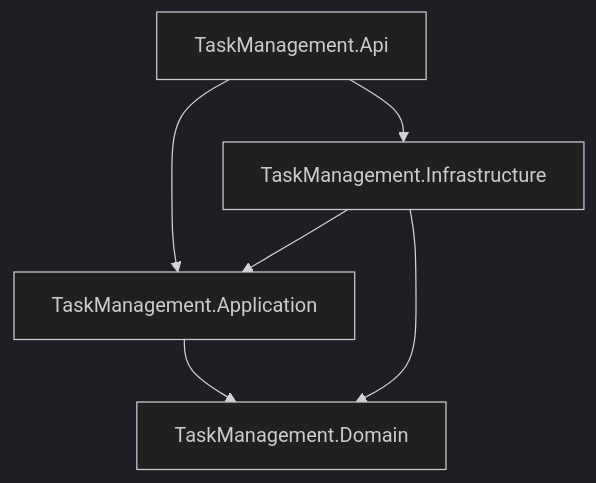
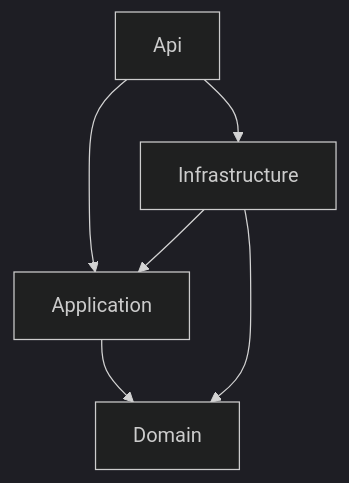
One commit to esabrina/task-management changed the second of 7 diagrams in docs/architecture.md. Above: the diagram before and after it, drawn with Mermaid (dark theme). The commit also changed other lines of this file and 5 other files, not shown here.

````diff
--- a/docs/architecture.md
+++ b/docs/architecture.md
@@ -91,13 +90,13 @@
 ```mermaid
 flowchart TB
-    API[TaskManagement.Api]
-    APP[TaskManagement.Application]
-    DOMAIN[TaskManagement.Domain]
-    INFRA[TaskManagement.Infrastructure]
+    API[Api]
+    APP[Application]
+    DOMAIN[Domain]
+    INFRA[Infrastructure]
 
     API --> APP
     API --> INFRA
     APP --> DOMAIN
     INFRA --> APP
     INFRA --> DOMAIN
 ```
````
